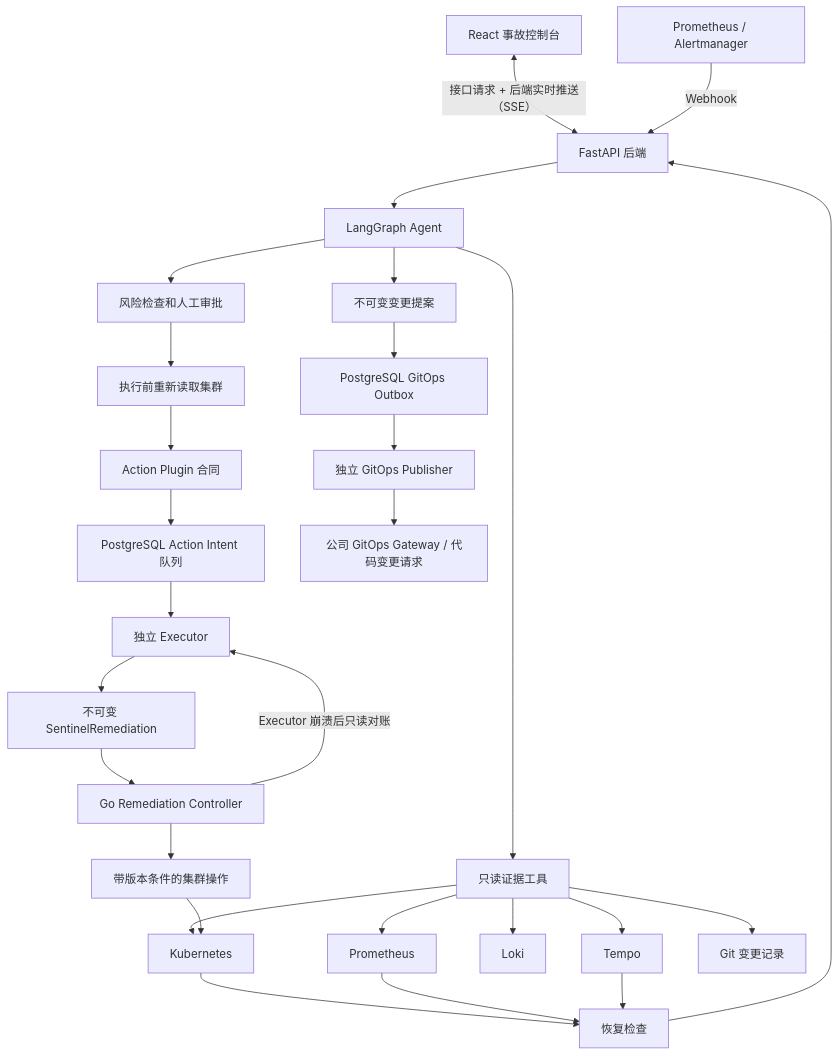
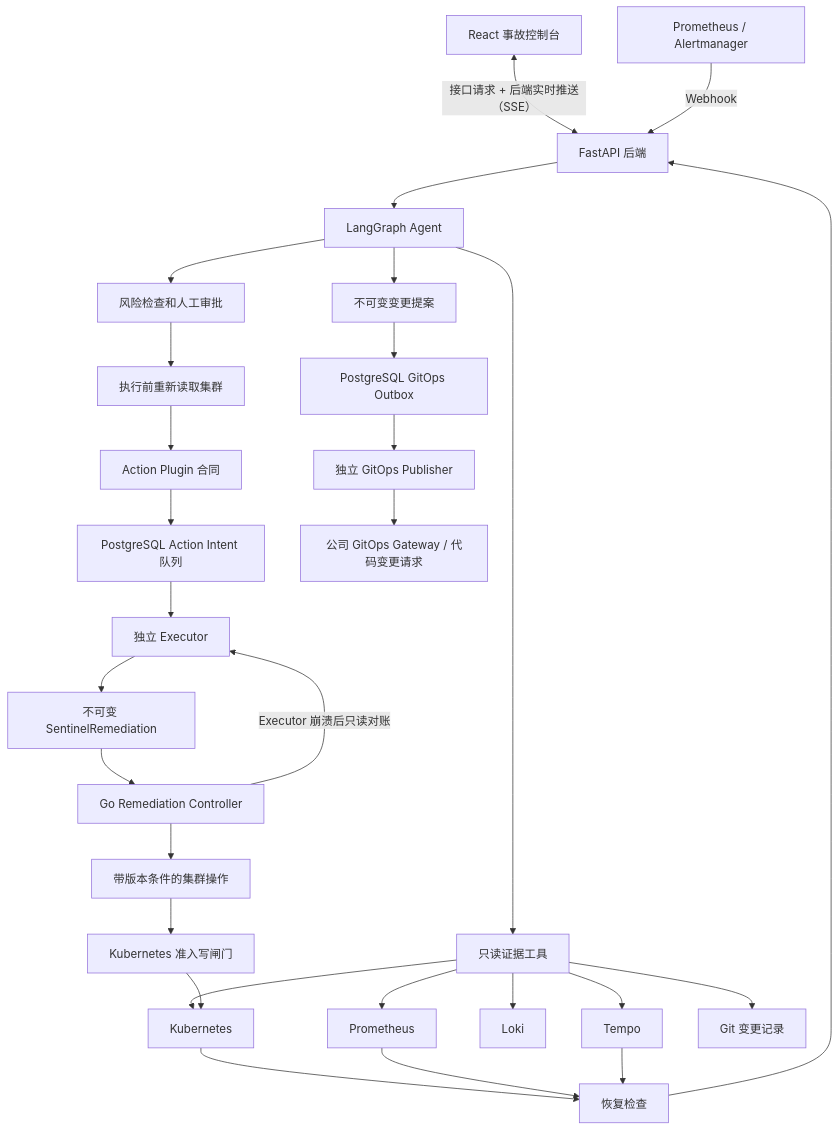
One commit to q741242673/sentinelops changed the second of 2 diagrams in README.md. Above: the diagram before and after it, drawn with Mermaid. The commit also changed other lines of this file and 12 other files, not shown here.

First line of the commit message:
enforce cluster admission write fence (#31)

````diff
--- a/README.md
+++ b/README.md
@@ -56,30 +56,31 @@
 ```mermaid
 flowchart TB
     UI["React 事故控制台"] <-->|"接口请求 + 后端实时推送（SSE）"| API["FastAPI 后端"]
     AM["Prometheus / Alertmanager"] -->|"Webhook"| API
     API --> AGENT["LangGraph Agent"]
     AGENT --> READ["只读证据工具"]
     READ --> K8S["Kubernetes"]
     READ --> PROM["Prometheus"]
     READ --> LOKI["Loki"]
     READ --> TEMPO["Tempo"]
     READ --> GIT["Git 变更记录"]
     AGENT --> POLICY["风险检查和人工审批"]
     POLICY --> PREFLIGHT["执行前重新读取集群"]
     PREFLIGHT --> CATALOG["Action Plugin 合同"]
     CATALOG --> QUEUE["PostgreSQL Action Intent 队列"]
     QUEUE --> EXECUTOR["独立 Executor"]
     EXECUTOR --> CONTRACT["不可变 SentinelRemediation"]
     CONTRACT --> CONTROLLER["Go Remediation Controller"]
     CONTROLLER --> WRITE["带版本条件的集群操作"]
+    WRITE --> ADMISSION["Kubernetes 准入写闸门"]
     CONTROLLER -->|"Executor 崩溃后只读对账"| EXECUTOR
     AGENT --> PROPOSAL["不可变变更提案"]
     PROPOSAL --> OUTBOX["PostgreSQL GitOps Outbox"]
     OUTBOX --> PUBLISHER["独立 GitOps Publisher"]
     PUBLISHER --> GATEWAY["公司 GitOps Gateway / 代码变更请求"]
-    WRITE --> K8S
+    ADMISSION --> K8S
     K8S --> VERIFY["恢复检查"]
     PROM --> VERIFY
     TEMPO --> VERIFY
     VERIFY --> API
 ```
````
